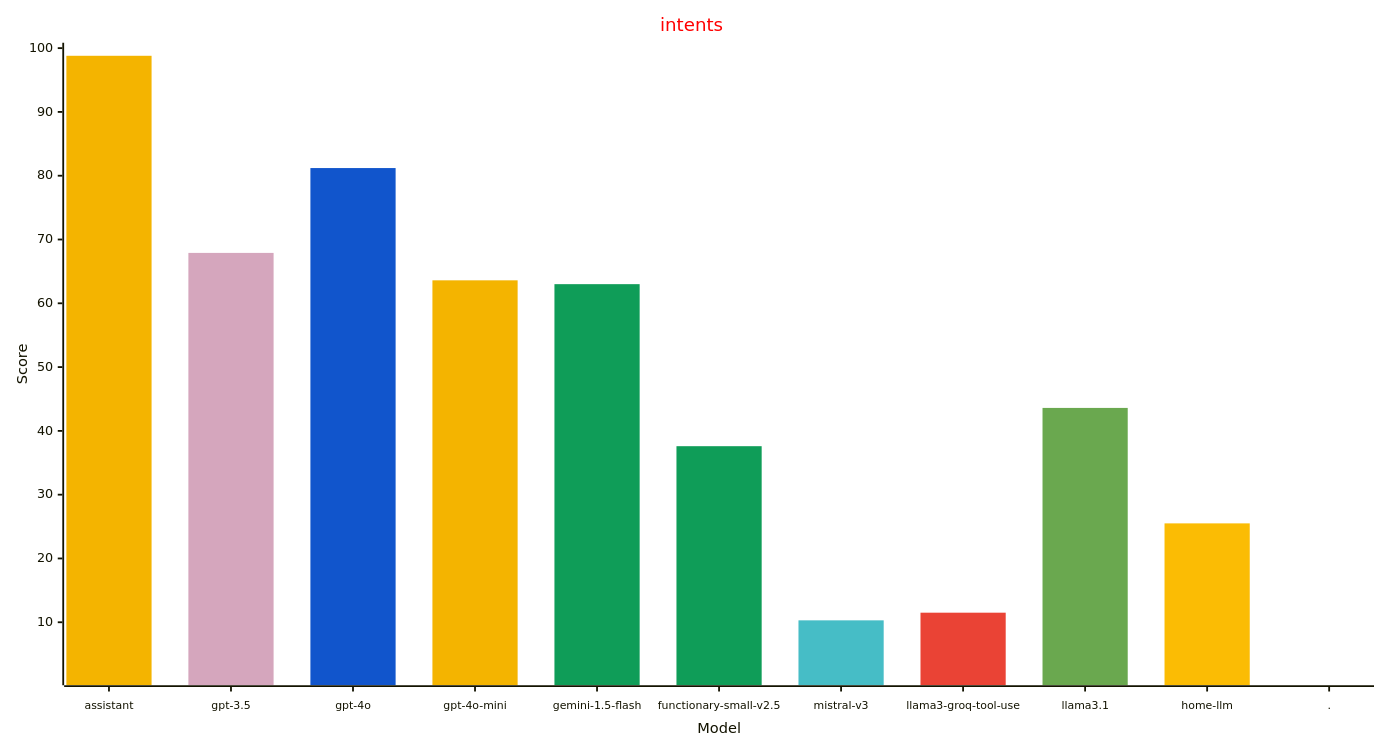
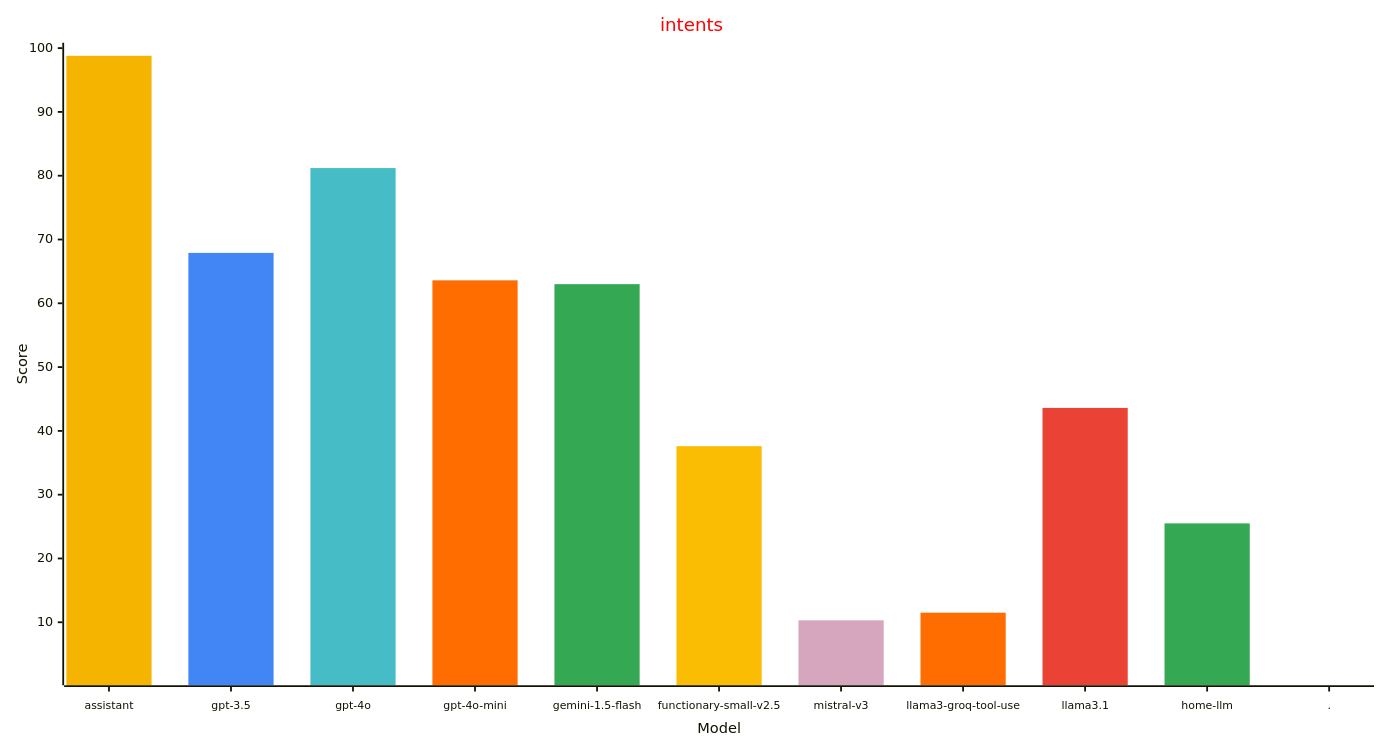
Before and after one commit to allenporter/home-assistant-datasets: the fourth of 4 diagrams in reports/README.md, drawn with Mermaid. The commit also changed other lines of this file and 1 other file, not shown here.

````diff
--- a/reports/README.md
+++ b/reports/README.md
@@ -197,31 +197,31 @@
 ```mermaid
 ---
 config:
     xyChart:
         width: 1500
         height: 800
         xAxis:
           labelFontSize: 12
           labelPadding: 8
     themeVariables:
         xyChart:
             titleColor: "#ff0000"
-            plotColorPalette: "#f4b400, #d5a6bd, #1155cc, #f4b400, #0f9d58, #0f9d58, #46bdc6, #ea4335, #6aa84f, #fbbc04, #4285f4"
+            plotColorPalette: "#f4b400, #4285f4, #46bdc6, #ff6d01, #34a853, #fbbc04, #d5a6bd, #ff6d01, #ea4335, #34a853, #4285f4"
 
 ---
 xychart-beta
   title "intents"
   x-axis "Model" [assistant, gpt-3.5, gpt-4o, gpt-4o-mini, gemini-1.5-flash, functionary-small-v2.5, mistral-v3, llama3-groq-tool-use, llama3.1, home-llm, .]
   y-axis "Score" 1 --> 100
   bar [98.8, 0.0, 0.0, 0.0, 0.0, 0.0, 0.0, 0.0, 0.0, 0.0, 0.0]
   bar [0.0, 67.9, 0.0, 0.0, 0.0, 0.0, 0.0, 0.0, 0.0, 0.0, 0.0]
   bar [0.0, 0.0, 81.2, 0.0, 0.0, 0.0, 0.0, 0.0, 0.0, 0.0, 0.0]
   bar [0.0, 0.0, 0.0, 63.6, 0.0, 0.0, 0.0, 0.0, 0.0, 0.0, 0.0]
   bar [0.0, 0.0, 0.0, 0.0, 63.0, 0.0, 0.0, 0.0, 0.0, 0.0, 0.0]
   bar [0.0, 0.0, 0.0, 0.0, 0.0, 37.6, 0.0, 0.0, 0.0, 0.0, 0.0]
   bar [0.0, 0.0, 0.0, 0.0, 0.0, 0.0, 10.3, 0.0, 0.0, 0.0, 0.0]
   bar [0.0, 0.0, 0.0, 0.0, 0.0, 0.0, 0.0, 11.5, 0.0, 0.0, 0.0]
   bar [0.0, 0.0, 0.0, 0.0, 0.0, 0.0, 0.0, 0.0, 43.6, 0.0, 0.0]
   bar [0.0, 0.0, 0.0, 0.0, 0.0, 0.0, 0.0, 0.0, 0.0, 25.5, 0.0]
   bar [0.0, 0.0, 0.0, 0.0, 0.0, 0.0, 0.0, 0.0, 0.0, 0.0, -1.0]
 ```
````
